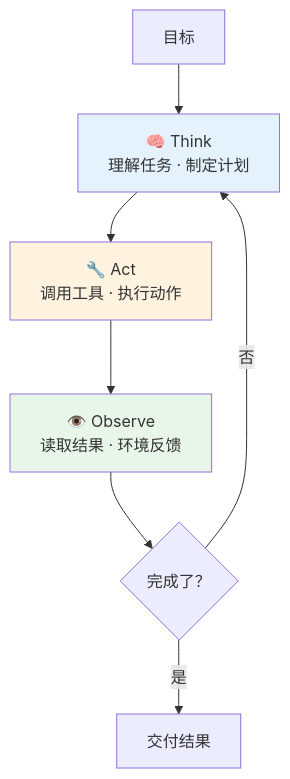
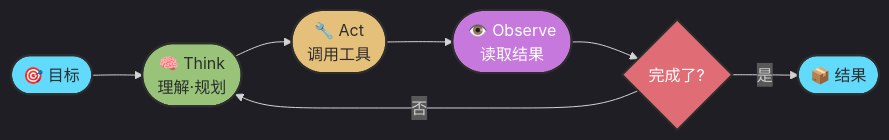
The second of 9 diagrams in docs/ch02-concepts/part-2-concepts.md (zht043/AgenticCodingTutorial), drawn with Mermaid before and after one commit. The commit also changed other lines of this file and 53 other files, not shown here.

First line of the commit message:
feat: 重构文档结构，新增章节并优化 mermaid 图表

````diff
--- a/docs/ch02-concepts/part-2-concepts.md
+++ b/docs/ch02-concepts/part-2-concepts.md
@@ -85,13 +88,19 @@
 ```mermaid
-flowchart TD
-    G[目标] --> TH["🧠 Think<br/>理解任务 · 制定计划"]
-    TH --> AC["🔧 Act<br/>调用工具 · 执行动作"]
-    AC --> OB["👁️ Observe<br/>读取结果 · 环境反馈"]
-    OB --> DE{完成了？}
-    DE -- 否 --> TH
-    DE -- 是 --> RS[交付结果]
+---
+config:
+  theme: dark
+---
+flowchart LR
+    classDef startEnd fill:#61dafb,stroke:#2d2d2d,stroke-width:2px,color:#2d2d2d
+    classDef think fill:#98c379,stroke:#2d2d2d,stroke-width:2px,color:#2d2d2d
+    classDef act fill:#e5c07b,stroke:#2d2d2d,stroke-width:2px,color:#2d2d2d
+    classDef observe fill:#c678dd,stroke:#2d2d2d,stroke-width:2px,color:#fff
+    classDef decision fill:#e06c75,stroke:#2d2d2d,stroke-width:2px,color:#fff
 
-    style TH fill:#e3f2fd
-    style AC fill:#fff3e0
-    style OB fill:#e8f5e9
+    G(["🎯 目标"]):::startEnd --> TH(["🧠 Think<br/>理解·规划"]):::think
+    TH --> AC(["🔧 Act<br/>调用工具"]):::act
+    AC --> OB(["👁️ Observe<br/>读取结果"]):::observe
+    OB --> DE{完成了?}:::decision
+    DE -->|"否"| TH
+    DE -->|"是"| RS(["📦 结果"]):::startEnd
 ```
````
